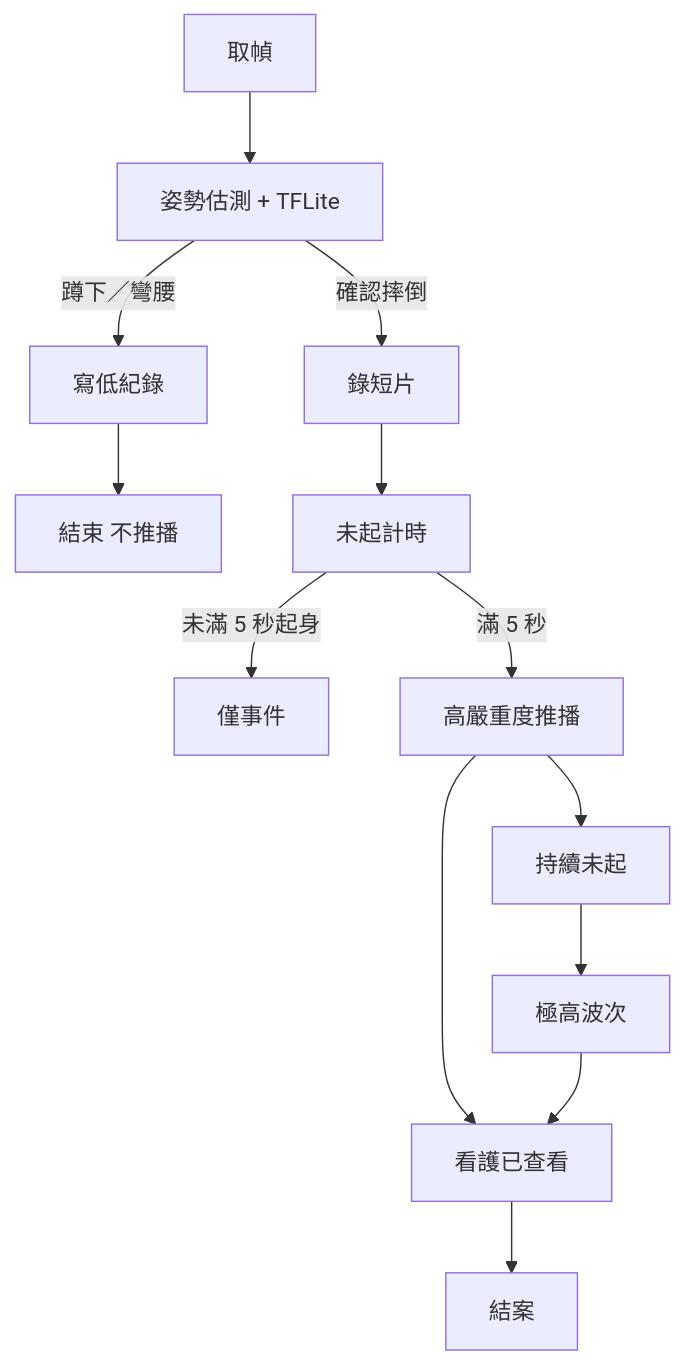
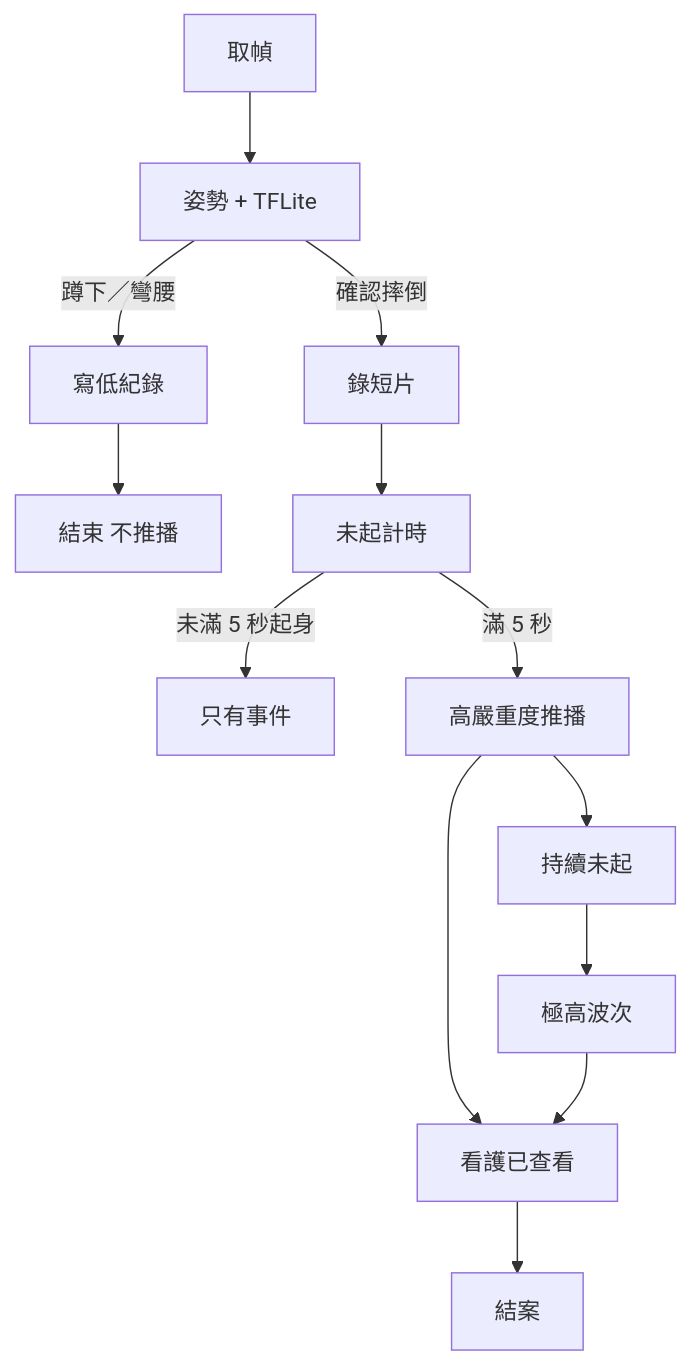
The second of 5 diagrams in docs/系統文件書_TakeCare_2026-09-13.md (takecare-agent/MyApp), drawn with Mermaid before and after one commit. The commit also changed other lines of this file and 46 other files, not shown here.

First line of the commit message:
feat: 聊天即時同步、監看截圖修復與系統文件入庫

````diff
--- a/docs/系統文件書_TakeCare_2026-09-13.md
+++ b/docs/系統文件書_TakeCare_2026-09-13.md
@@ -143,15 +201,15 @@
 ```mermaid
 flowchart TD
-  A[取幀] --> B[姿勢估測 + TFLite]
+  A[取幀] --> B[姿勢 + TFLite]
   B -->|蹲下／彎腰| C[寫低紀錄]
   C --> D[結束 不推播]
   B -->|確認摔倒| E[錄短片]
   E --> F[未起計時]
-  F -->|未滿 5 秒起身| G[僅事件]
+  F -->|未滿 5 秒起身| G[只有事件]
   F -->|滿 5 秒| H[高嚴重度推播]
   H --> I[持續未起]
   I --> J[極高波次]
   H --> K[看護已查看]
   J --> K
   K --> L[結案]
 ```
````
